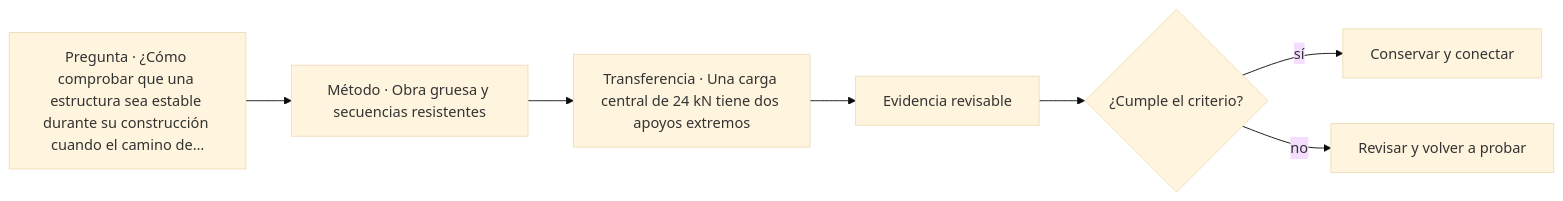
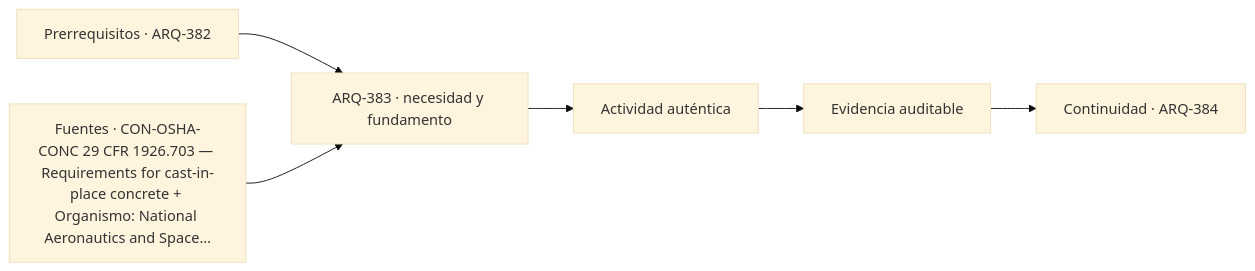
The diagram in classes/parte-39/ARQ-383.md (vladimiracunadev-create/architecture-built-environment-learning-program), drawn with Mermaid (base theme) before and after one commit. The commit also changed other lines of this file and 761 other files, not shown here.

````diff
--- a/classes/parte-39/ARQ-383.md
+++ b/classes/parte-39/ARQ-383.md
@@ -101,9 +113,8 @@
 ```mermaid
 flowchart LR
-    Q["Pregunta · ¿Cómo comprobar que una estructura sea estable durante su construcción cuando el camino de…"] --> M["Método · Obra gruesa y secuencias resistentes"]
-    M --> P["Transferencia · Una carga central de 24 kN tiene dos apoyos extremos"]
-    P --> E["Evidencia revisable"]
-    E --> C{"¿Cumple el criterio?"}
-    C -->|sí| T["Conservar y conectar"]
-    C -->|no| R["Revisar y volver a probar"]
+    A["Prerrequisitos · ARQ-382"] --> B["ARQ-383 · necesidad y fundamento"]
+    S["Fuentes · CON-OSHA-CONC 29 CFR 1926.703 — Requirements for cast-in-place concrete + Organismo: National Aeronautics and Space…"] --> B
+    B --> C["Actividad auténtica"]
+    C --> D["Evidencia auditable"]
+    D --> E["Continuidad · ARQ-384"]
 ```
````
